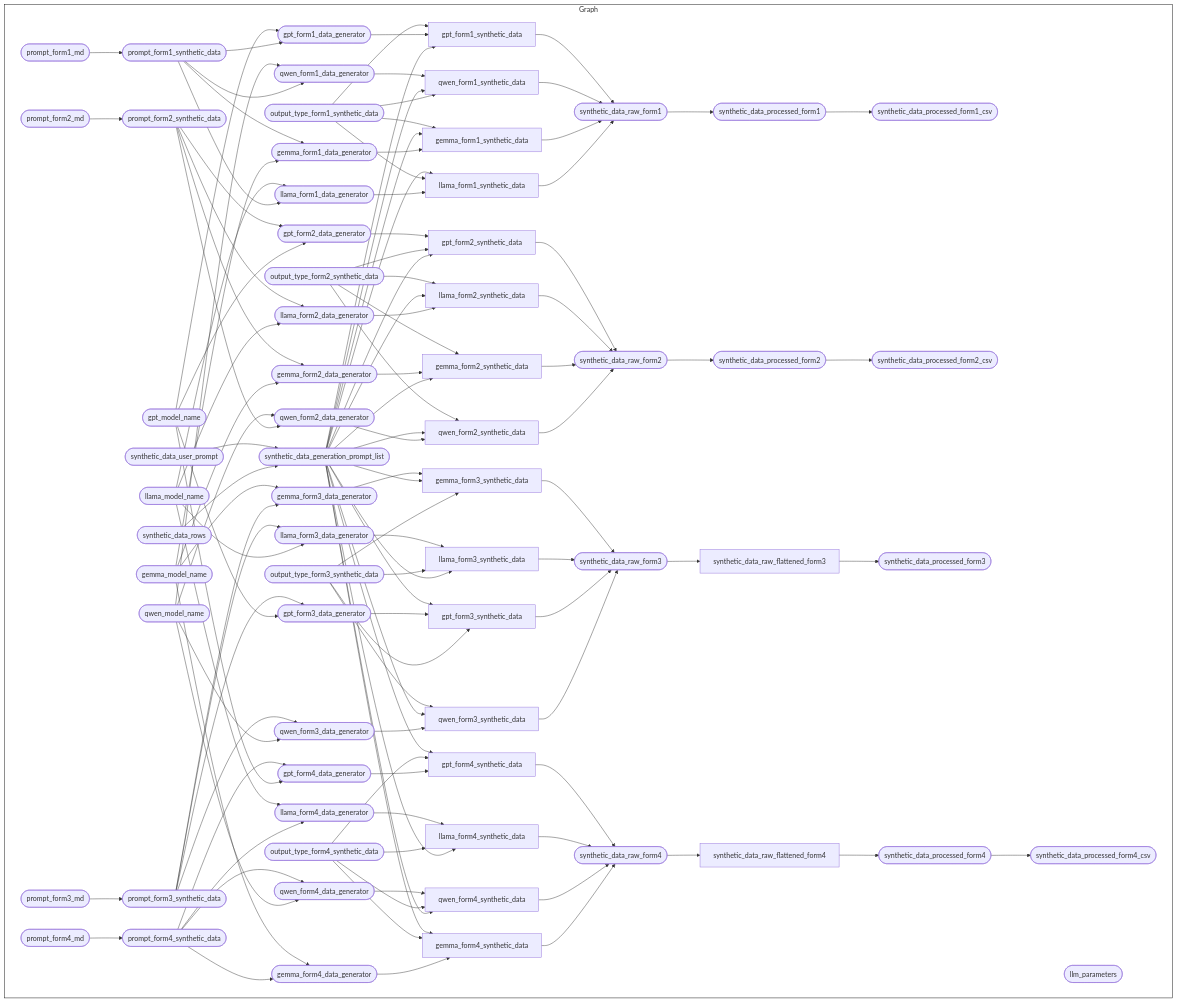
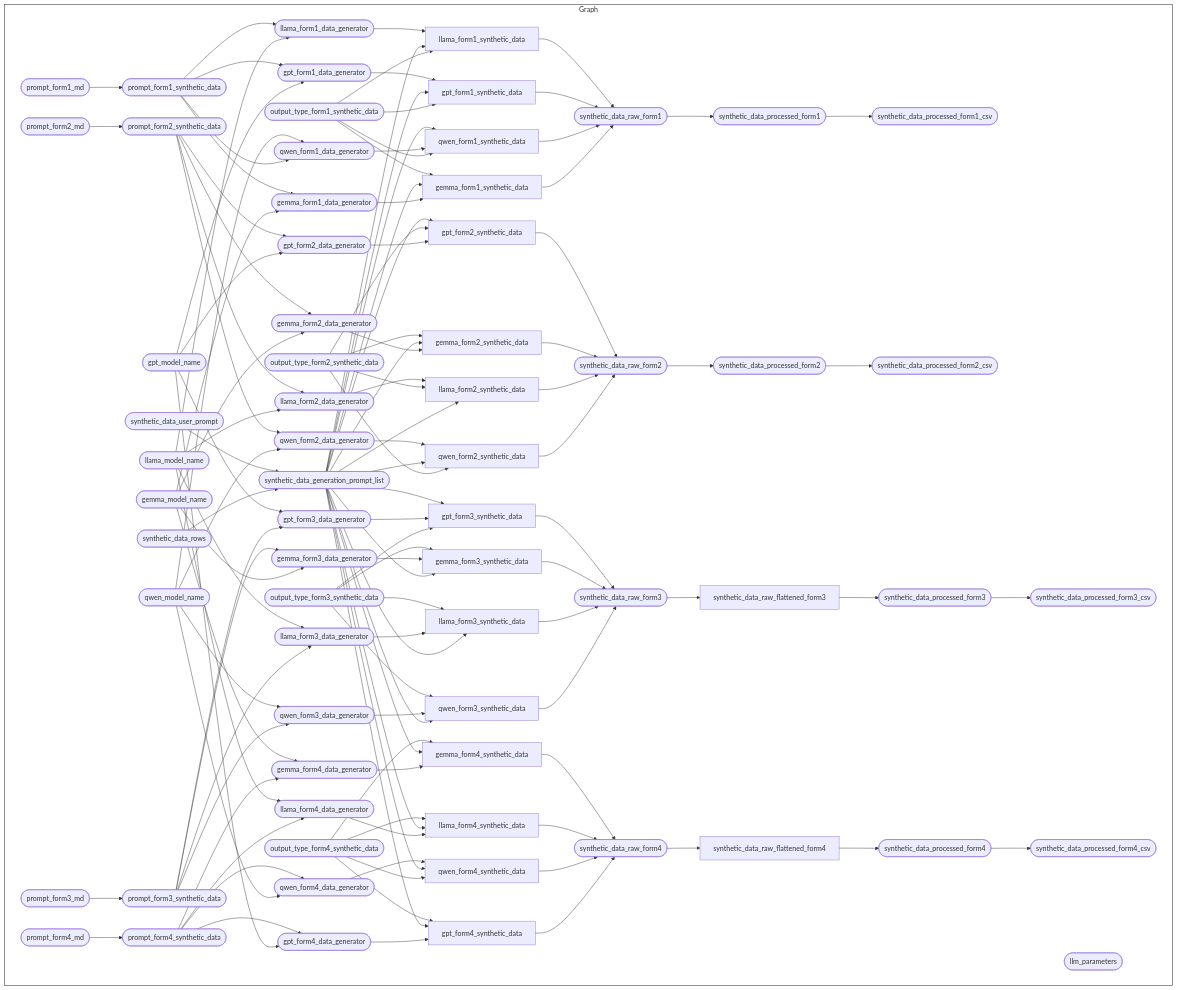
One commit to OxfordIHTM/vaxtrace-synthetic-data changed the diagram in README.md. Above: the diagram before and after it, drawn with Mermaid. The commit also changed other lines of this file and 7 other files, not shown here.

Commit message:
complete form 3 CSV

````diff
--- a/README.md
+++ b/README.md
@@ -170,59 +170,59 @@
     xbd193c6107524228(["output_type_form1_synthetic_data"]):::queued --> x97d11b2210c9dff0["gemma_form1_synthetic_data"]:::queued
     xd42e66ad3decaa43(["gemma_model_name"]):::skipped --> x8a2373b00d4dee5b(["gemma_form2_data_generator"]):::queued
     xd631249566969664(["prompt_form2_synthetic_data"]):::queued --> x8a2373b00d4dee5b(["gemma_form2_data_generator"]):::queued
+    x8a2373b00d4dee5b(["gemma_form2_data_generator"]):::queued --> x4f03b1614e8d6702["gemma_form2_synthetic_data"]:::queued
     x2f94ae86c3dc82fd(["synthetic_data_generation_prompt_list"]):::completed --> x4f03b1614e8d6702["gemma_form2_synthetic_data"]:::queued
-    x8a2373b00d4dee5b(["gemma_form2_data_generator"]):::queued --> x4f03b1614e8d6702["gemma_form2_synthetic_data"]:::queued
     xad13a45cf0dcdcd8(["output_type_form2_synthetic_data"]):::queued --> x4f03b1614e8d6702["gemma_form2_synthetic_data"]:::queued
+    xd42e66ad3decaa43(["gemma_model_name"]):::skipped --> xc95a0e8b7e274488(["gemma_form3_data_generator"]):::skipped
     x167e9ded0377a928(["prompt_form3_synthetic_data"]):::completed --> xc95a0e8b7e274488(["gemma_form3_data_generator"]):::skipped
-    xd42e66ad3decaa43(["gemma_model_name"]):::skipped --> xc95a0e8b7e274488(["gemma_form3_data_generator"]):::skipped
-    x32126c198b3cd3f7(["output_type_form3_synthetic_data"]):::completed --> xcf9d77edbaa72570["gemma_form3_synthetic_data"]:::completed
-    x2f94ae86c3dc82fd(["synthetic_data_generation_prompt_list"]):::completed --> xcf9d77edbaa72570["gemma_form3_synthetic_data"]:::completed
-    xc95a0e8b7e274488(["gemma_form3_data_generator"]):::skipped --> xcf9d77edbaa72570["gemma_form3_synthetic_data"]:::completed
+    x2f94ae86c3dc82fd(["synthetic_data_generation_prompt_list"]):::completed --> xcf9d77edbaa72570["gemma_form3_synthetic_data"]:::skipped
+    xc95a0e8b7e274488(["gemma_form3_data_generator"]):::skipped --> xcf9d77edbaa72570["gemma_form3_synthetic_data"]:::skipped
+    x32126c198b3cd3f7(["output_type_form3_synthetic_data"]):::completed --> xcf9d77edbaa72570["gemma_form3_synthetic_data"]:::skipped
     xa73490a10b6544a4(["prompt_form4_synthetic_data"]):::queued --> x609352d7f2392bf7(["gemma_form4_data_generator"]):::queued
     xd42e66ad3decaa43(["gemma_model_name"]):::skipped --> x609352d7f2392bf7(["gemma_form4_data_generator"]):::queued
     x609352d7f2392bf7(["gemma_form4_data_generator"]):::queued --> x9cde86730d9fd88c["gemma_form4_synthetic_data"]:::queued
+    x2f94ae86c3dc82fd(["synthetic_data_generation_prompt_list"]):::completed --> x9cde86730d9fd88c["gemma_form4_synthetic_data"]:::queued
     xba59aa83d44395da(["output_type_form4_synthetic_data"]):::queued --> x9cde86730d9fd88c["gemma_form4_synthetic_data"]:::queued
-    x2f94ae86c3dc82fd(["synthetic_data_generation_prompt_list"]):::completed --> x9cde86730d9fd88c["gemma_form4_synthetic_data"]:::queued
+    x37523a36a9dfc345(["gpt_model_name"]):::skipped --> x4f0bdf5e1f47cf2c(["gpt_form1_data_generator"]):::queued
     x7a6414ea3d72c787(["prompt_form1_synthetic_data"]):::queued --> x4f0bdf5e1f47cf2c(["gpt_form1_data_generator"]):::queued
-    x37523a36a9dfc345(["gpt_model_name"]):::skipped --> x4f0bdf5e1f47cf2c(["gpt_form1_data_generator"]):::queued
+    xbd193c6107524228(["output_type_form1_synthetic_data"]):::queued --> xb09553cf68160c6b["gpt_form1_synthetic_data"]:::queued
     x2f94ae86c3dc82fd(["synthetic_data_generation_prompt_list"]):::completed --> xb09553cf68160c6b["gpt_form1_synthetic_data"]:::queued
     x4f0bdf5e1f47cf2c(["gpt_form1_data_generator"]):::queued --> xb09553cf68160c6b["gpt_form1_synthetic_data"]:::queued
-    xbd193c6107524228(["output_type_form1_synthetic_data"]):::queued --> xb09553cf68160c6b["gpt_form1_synthetic_data"]:::queued
     x37523a36a9dfc345(["gpt_model_name"]):::skipped --> xf7c632fbd4b3de83(["gpt_form2_data_generator"]):::queued
     xd631249566969664(["prompt_form2_synthetic_data"]):::queued --> xf7c632fbd4b3de83(["gpt_form2_data_generator"]):::queued
+    xf7c632fbd4b3de83(["gpt_form2_data_generator"]):::queued --> x8b1d50ae8813fa86["gpt_form2_synthetic_data"]:::queued
+    xad13a45cf0dcdcd8(["output_type_form2_synthetic_data"]):::queued --> x8b1d50ae8813fa86["gpt_form2_synthetic_data"]:::queued
     x2f94ae86c3dc82fd(["synthetic_data_generation_prompt_list"]):::completed --> x8b1d50ae8813fa86["gpt_form2_synthetic_data"]:::queued
-    xad13a45cf0dcdcd8(["output_type_form2_synthetic_data"]):::queued --> x8b1d50ae8813fa86["gpt_form2_synthetic_data"]:::queued
-    xf7c632fbd4b3de83(["gpt_form2_data_generator"]):::queued --> x8b1d50ae8813fa86["gpt_form2_synthetic_data"]:::queued
+    x167e9ded0377a928(["prompt_form3_synthetic_data"]):::completed --> x5048fe4169e9a3e5(["gpt_form3_data_generator"]):::skipped
     x37523a36a9dfc345(["gpt_model_name"]):::skipped --> x5048fe4169e9a3e5(["gpt_form3_data_generator"]):::skipped
-    x167e9ded0377a928(["prompt_form3_synthetic_data"]):::completed --> x5048fe4169e9a3e5(["gpt_form3_data_generator"]):::skipped
-    x32126c198b3cd3f7(["output_type_form3_synthetic_data"]):::completed --> x329fde7cdf80071c["gpt_form3_synthetic_data"]:::queued
-    x5048fe4169e9a3e5(["gpt_form3_data_generator"]):::skipped --> x329fde7cdf80071c["gpt_form3_synthetic_data"]:::queued
-    x2f94ae86c3dc82fd(["synthetic_data_generation_prompt_list"]):::completed --> x329fde7cdf80071c["gpt_form3_synthetic_data"]:::queued
+    x32126c198b3cd3f7(["output_type_form3_synthetic_data"]):::completed --> x329fde7cdf80071c["gpt_form3_synthetic_data"]:::skipped
+    x5048fe4169e9a3e5(["gpt_form3_data_generator"]):::skipped --> x329fde7cdf80071c["gpt_form3_synthetic_data"]:::skipped
+    x2f94ae86c3dc82fd(["synthetic_data_generation_prompt_list"]):::completed --> x329fde7cdf80071c["gpt_form3_synthetic_data"]:::skipped
     x37523a36a9dfc345(["gpt_model_name"]):::skipped --> x14948ac144406cd0(["gpt_form4_data_generator"]):::queued
     xa73490a10b6544a4(["prompt_form4_synthetic_data"]):::queued --> x14948ac144406cd0(["gpt_form4_data_generator"]):::queued
     x14948ac144406cd0(["gpt_form4_data_generator"]):::queued --> x176912e4c41a4aa3["gpt_form4_synthetic_data"]:::queued
+    x2f94ae86c3dc82fd(["synthetic_data_generation_prompt_list"]):::completed --> x176912e4c41a4aa3["gpt_form4_synthetic_data"]:::queued
     xba59aa83d44395da(["output_type_form4_synthetic_data"]):::queued --> x176912e4c41a4aa3["gpt_form4_synthetic_data"]:::queued
-    x2f94ae86c3dc82fd(["synthetic_data_generation_prompt_list"]):::completed --> x176912e4c41a4aa3["gpt_form4_synthetic_data"]:::queued
+    x935cdda349ceab25(["llama_model_name"]):::skipped --> xc666f3b340312894(["llama_form1_data_generator"]):::queued
     x7a6414ea3d72c787(["prompt_form1_synthetic_data"]):::queued --> xc666f3b340312894(["llama_form1_data_generator"]):::queued
-    x935cdda349ceab25(["llama_model_name"]):::skipped --> xc666f3b340312894(["llama_form1_data_generator"]):::queued
-    xc666f3b340312894(["llama_form1_data_generator"]):::queued --> x95ed1bde7c3003e7["llama_form1_synthetic_data"]:::queued
     xbd193c6107524228(["output_type_form1_synthetic_data"]):::queued --> x95ed1bde7c3003e7["llama_form1_synthetic_data"]:::queued
     x2f94ae86c3dc82fd(["synthetic_data_generation_prompt_list"]):::completed --> x95ed1bde7c3003e7["llama_form1_synthetic_data"]:::queued
+    xc666f3b340312894(["llama_form1_data_generator"]):::queued --> x95ed1bde7c3003e7["llama_form1_synthetic_data"]:::queued
     x935cdda349ceab25(["llama_model_name"]):::skipped --> x47608fbfbe3428bf(["llama_form2_data_generator"]):::queued
     xd631249566969664(["prompt_form2_synthetic_data"]):::queued --> x47608fbfbe3428bf(["llama_form2_data_generator"]):::queued
-    x47608fbfbe3428bf(["llama_form2_data_generator"]):::queued --> x476af4f7d71cafcf["llama_form2_synthetic_data"]:::queued
     x2f94ae86c3dc82fd(["synthetic_data_generation_prompt_list"]):::completed --> x476af4f7d71cafcf["llama_form2_synthetic_data"]:::queued
     xad13a45cf0dcdcd8(["output_type_form2_synthetic_data"]):::queued --> x476af4f7d71cafcf["llama_form2_synthetic_data"]:::queued
+    x47608fbfbe3428bf(["llama_form2_data_generator"]):::queued --> x476af4f7d71cafcf["llama_form2_synthetic_data"]:::queued
+    x167e9ded0377a928(["prompt_form3_synthetic_data"]):::completed --> x8f2349cb95aa2f3c(["llama_form3_data_generator"]):::skipped
     x935cdda349ceab25(["llama_model_name"]):::skipped --> x8f2349cb95aa2f3c(["llama_form3_data_generator"]):::skipped
-    x167e9ded0377a928(["prompt_form3_synthetic_data"]):::completed --> x8f2349cb95aa2f3c(["llama_form3_data_generator"]):::skipped
-    x2f94ae86c3dc82fd(["synthetic_data_generation_prompt_list"]):::completed --> x5a6907a7d4c752af["llama_form3_synthetic_data"]:::queued
-    x32126c198b3cd3f7(["output_type_form3_synthetic_data"]):::completed --> x5a6907a7d4c752af["llama_form3_synthetic_data"]:::queued
-    x8f2349cb95aa2f3c(["llama_form3_data_generator"]):::skipped --> x5a6907a7d4c752af["llama_form3_synthetic_data"]:::queued
+    x2f94ae86c3dc82fd(["synthetic_data_generation_prompt_list"]):::completed --> x5a6907a7d4c752af["llama_form3_synthetic_data"]:::skipped
+    x8f2349cb95aa2f3c(["llama_form3_data_generator"]):::skipped --> x5a6907a7d4c752af["llama_form3_synthetic_data"]:::skipped
+    x32126c198b3cd3f7(["output_type_form3_synthetic_data"]):::completed --> x5a6907a7d4c752af["llama_form3_synthetic_data"]:::skipped
     xa73490a10b6544a4(["prompt_form4_synthetic_data"]):::queued --> x8c7e6494a2c7140e(["llama_form4_data_generator"]):::queued
     x935cdda349ceab25(["llama_model_name"]):::skipped --> x8c7e6494a2c7140e(["llama_form4_data_generator"]):::queued
+    x8c7e6494a2c7140e(["llama_form4_data_generator"]):::queued --> x71587311fb989fc9["llama_form4_synthetic_data"]:::queued
     x2f94ae86c3dc82fd(["synthetic_data_generation_prompt_list"]):::completed --> x71587311fb989fc9["llama_form4_synthetic_data"]:::queued
     xba59aa83d44395da(["output_type_form4_synthetic_data"]):::queued --> x71587311fb989fc9["llama_form4_synthetic_data"]:::queued
-    x8c7e6494a2c7140e(["llama_form4_data_generator"]):::queued --> x71587311fb989fc9["llama_form4_synthetic_data"]:::queued
     xea527aecf1216e4d(["prompt_form1_md"]):::queued --> x7a6414ea3d72c787(["prompt_form1_synthetic_data"]):::queued
     x67c0e4a7435652b2(["prompt_form2_md"]):::queued --> xd631249566969664(["prompt_form2_synthetic_data"]):::queued
     x1cbdea0788747642(["prompt_form3_md"]):::completed --> x167e9ded0377a928(["prompt_form3_synthetic_data"]):::completed
@@ -230,22 +230,22 @@
     x7a6414ea3d72c787(["prompt_form1_synthetic_data"]):::queued --> x464fda4f56716c6c(["qwen_form1_data_generator"]):::queued
     x20bc3615a27843ed(["qwen_model_name"]):::skipped --> x464fda4f56716c6c(["qwen_form1_data_generator"]):::queued
     xbd193c6107524228(["output_type_form1_synthetic_data"]):::queued --> x325f765d48136efd["qwen_form1_synthetic_data"]:::queued
+    x464fda4f56716c6c(["qwen_form1_data_generator"]):::queued --> x325f765d48136efd["qwen_form1_synthetic_data"]:::queued
     x2f94ae86c3dc82fd(["synthetic_data_generation_prompt_list"]):::completed --> x325f765d48136efd["qwen_form1_synthetic_data"]:::queued
-    x464fda4f56716c6c(["qwen_form1_data_generator"]):::queued --> x325f765d48136efd["qwen_form1_synthetic_data"]:::queued
+    x20bc3615a27843ed(["qwen_model_name"]):::skipped --> xbb45be8776627627(["qwen_form2_data_generator"]):::queued
     xd631249566969664(["prompt_form2_synthetic_data"]):::queued --> xbb45be8776627627(["qwen_form2_data_generator"]):::queued
-    x20bc3615a27843ed(["qwen_model_name"]):::skipped --> xbb45be8776627627(["qwen_form2_data_generator"]):::queued
+    xad13a45cf0dcdcd8(["output_type_form2_synthetic_data"]):::queued --> x1186a9719c6f8679["qwen_form2_synthetic_data"]:::queued
+    x2f94ae86c3dc82fd(["synthetic_data_generation_prompt_list"]):::completed --> x1186a9719c6f8679["qwen_form2_synthetic_data"]:::queued
     xbb45be8776627627(["qwen_form2_data_generator"]):::queued --> x1186a9719c6f8679["qwen_form2_synthetic_data"]:::queued
-    x2f94ae86c3dc82fd(["synthetic_data_generation_prompt_list"]):::completed --> x1186a9719c6f8679["qwen_form2_synthetic_data"]:::queued
-    xad13a45cf0dcdcd8(["output_type_form2_synthetic_data"]):::queued --> x1186a9719c6f8679["qwen_form2_synthetic_data"]:::queued
+    x167e9ded0377a928(["prompt_form3_synthetic_data"]):::completed --> x60ed2f036c1cbc38(["qwen_form3_data_generator"]):::skipped
     x20bc3615a27843ed(["qwen_model_name"]):::skipped --> x60ed2f036c1cbc38(["qwen_form3_data_generator"]):::skipped
-    x167e9ded0377a928(["prompt_form3_synthetic_data"]):::completed --> x60ed2f036c1cbc38(["qwen_form3_data_generator"]):::skipped
-    x60ed2f036c1cbc38(["qwen_form3_data_generator"]):::skipped --> x4a6aa30ed756cd46["qwen_form3_synthetic_data"]:::dispatched
-    x2f94ae86c3dc82fd(["synthetic_data_generation_prompt_list"]):::completed --> x4a6aa30ed756cd46["qwen_form3_synthetic_data"]:::dispatched
-    x32126c198b3cd3f7(["output_type_form3_synthetic_data"]):::completed --> x4a6aa30ed756cd46["qwen_form3_synthetic_data"]:::dispatched
+    x2f94ae86c3dc82fd(["synthetic_data_generation_prompt_list"]):::completed --> x4a6aa30ed756cd46["qwen_form3_synthetic_data"]:::skipped
+    x60ed2f036c1cbc38(["qwen_form3_data_generator"]):::skipped --> x4a6aa30ed756cd46["qwen_form3_synthetic_data"]:::skipped
+    x32126c198b3cd3f7(["output_type_form3_synthetic_data"]):::completed --> x4a6aa30ed756cd46["qwen_form3_synthetic_data"]:::skipped
     x20bc3615a27843ed(["qwen_model_name"]):::skipped --> x608f05be2c6142f4(["qwen_form4_data_generator"]):::queued
     xa73490a10b6544a4(["prompt_form4_synthetic_data"]):::queued --> x608f05be2c6142f4(["qwen_form4_data_generator"]):::queued
+    xba59aa83d44395da(["output_type_form4_synthetic_data"]):::queued --> x82ddea488b83160c["qwen_form4_synthetic_data"]:::queued
     x2f94ae86c3dc82fd(["synthetic_data_generation_prompt_list"]):::completed --> x82ddea488b83160c["qwen_form4_synthetic_data"]:::queued
-    xba59aa83d44395da(["output_type_form4_synthetic_data"]):::queued --> x82ddea488b83160c["qwen_form4_synthetic_data"]:::queued
     x608f05be2c6142f4(["qwen_form4_data_generator"]):::queued --> x82ddea488b83160c["qwen_form4_synthetic_data"]:::queued
     x7a48759e707a63b8(["synthetic_data_rows"]):::completed --> x2f94ae86c3dc82fd(["synthetic_data_generation_prompt_list"]):::completed
     x72f6a851cebefa43(["synthetic_data_user_prompt"]):::completed --> x2f94ae86c3dc82fd(["synthetic_data_generation_prompt_list"]):::completed
@@ -253,27 +253,28 @@
     x945a6fcee29bff82(["synthetic_data_processed_form1"]):::queued --> xba9a578a75872a66(["synthetic_data_processed_form1_csv"]):::queued
     xee1a7b8ba942a927(["synthetic_data_raw_form2"]):::queued --> x48546624f516ebe0(["synthetic_data_processed_form2"]):::queued
     x48546624f516ebe0(["synthetic_data_processed_form2"]):::queued --> x2d286e31906b2627(["synthetic_data_processed_form2_csv"]):::queued
-    x04b5d7b449feb997["synthetic_data_raw_flattened_form3"]:::queued --> x27c53e7117787140(["synthetic_data_processed_form3"]):::queued
+    x04b5d7b449feb997["synthetic_data_raw_flattened_form3"]:::skipped --> x27c53e7117787140(["synthetic_data_processed_form3"]):::skipped
+    x27c53e7117787140(["synthetic_data_processed_form3"]):::skipped --> x34a3ccf685bdb2c3(["synthetic_data_processed_form3_csv"]):::completed
     x1e2079bb78056b96["synthetic_data_raw_flattened_form4"]:::queued --> xab5f081724f1267c(["synthetic_data_processed_form4"]):::queued
     xab5f081724f1267c(["synthetic_data_processed_form4"]):::queued --> xe4da4b40fb82b9cd(["synthetic_data_processed_form4_csv"]):::queued
-    xc3a247eec291fc20(["synthetic_data_raw_form3"]):::queued --> x04b5d7b449feb997["synthetic_data_raw_flattened_form3"]:::queued
+    xc3a247eec291fc20(["synthetic_data_raw_form3"]):::skipped --> x04b5d7b449feb997["synthetic_data_raw_flattened_form3"]:::skipped
     x02e6085fb69eaaf2(["synthetic_data_raw_form4"]):::queued --> x1e2079bb78056b96["synthetic_data_raw_flattened_form4"]:::queued
-    x95ed1bde7c3003e7["llama_form1_synthetic_data"]:::queued --> xd0a85fc91769a844(["synthetic_data_raw_form1"]):::queued
     x97d11b2210c9dff0["gemma_form1_synthetic_data"]:::queued --> xd0a85fc91769a844(["synthetic_data_raw_form1"]):::queued
     x325f765d48136efd["qwen_form1_synthetic_data"]:::queued --> xd0a85fc91769a844(["synthetic_data_raw_form1"]):::queued
     xb09553cf68160c6b["gpt_form1_synthetic_data"]:::queued --> xd0a85fc91769a844(["synthetic_data_raw_form1"]):::queued
+    x95ed1bde7c3003e7["llama_form1_synthetic_data"]:::queued --> xd0a85fc91769a844(["synthetic_data_raw_form1"]):::queued
     x1186a9719c6f8679["qwen_form2_synthetic_data"]:::queued --> xee1a7b8ba942a927(["synthetic_data_raw_form2"]):::queued
+    x476af4f7d71cafcf["llama_form2_synthetic_data"]:::queued --> xee1a7b8ba942a927(["synthetic_data_raw_form2"]):::queued
     x4f03b1614e8d6702["gemma_form2_synthetic_data"]:::queued --> xee1a7b8ba942a927(["synthetic_data_raw_form2"]):::queued
-    x476af4f7d71cafcf["llama_form2_synthetic_data"]:::queued --> xee1a7b8ba942a927(["synthetic_data_raw_form2"]):::queued
     x8b1d50ae8813fa86["gpt_form2_synthetic_data"]:::queued --> xee1a7b8ba942a927(["synthetic_data_raw_form2"]):::queued
-    x4a6aa30ed756cd46["qwen_form3_synthetic_data"]:::dispatched --> xc3a247eec291fc20(["synthetic_data_raw_form3"]):::queued
-    x329fde7cdf80071c["gpt_form3_synthetic_data"]:::queued --> xc3a247eec291fc20(["synthetic_data_raw_form3"]):::queued
-    x5a6907a7d4c752af["llama_form3_synthetic_data"]:::queued --> xc3a247eec291fc20(["synthetic_data_raw_form3"]):::queued
-    xcf9d77edbaa72570["gemma_form3_synthetic_data"]:::completed --> xc3a247eec291fc20(["synthetic_data_raw_form3"]):::queued
-    x9cde86730d9fd88c["gemma_form4_synthetic_data"]:::queued --> x02e6085fb69eaaf2(["synthetic_data_raw_form4"]):::queued
+    x4a6aa30ed756cd46["qwen_form3_synthetic_data"]:::skipped --> xc3a247eec291fc20(["synthetic_data_raw_form3"]):::skipped
+    x5a6907a7d4c752af["llama_form3_synthetic_data"]:::skipped --> xc3a247eec291fc20(["synthetic_data_raw_form3"]):::skipped
+    xcf9d77edbaa72570["gemma_form3_synthetic_data"]:::skipped --> xc3a247eec291fc20(["synthetic_data_raw_form3"]):::skipped
+    x329fde7cdf80071c["gpt_form3_synthetic_data"]:::skipped --> xc3a247eec291fc20(["synthetic_data_raw_form3"]):::skipped
+    x176912e4c41a4aa3["gpt_form4_synthetic_data"]:::queued --> x02e6085fb69eaaf2(["synthetic_data_raw_form4"]):::queued
     x82ddea488b83160c["qwen_form4_synthetic_data"]:::queued --> x02e6085fb69eaaf2(["synthetic_data_raw_form4"]):::queued
     x71587311fb989fc9["llama_form4_synthetic_data"]:::queued --> x02e6085fb69eaaf2(["synthetic_data_raw_form4"]):::queued
-    x176912e4c41a4aa3["gpt_form4_synthetic_data"]:::queued --> x02e6085fb69eaaf2(["synthetic_data_raw_form4"]):::queued
+    x9cde86730d9fd88c["gemma_form4_synthetic_data"]:::queued --> x02e6085fb69eaaf2(["synthetic_data_raw_form4"]):::queued
     xa87a62a227d5e627(["llm_parameters"]):::queued
   end
 ```
````
